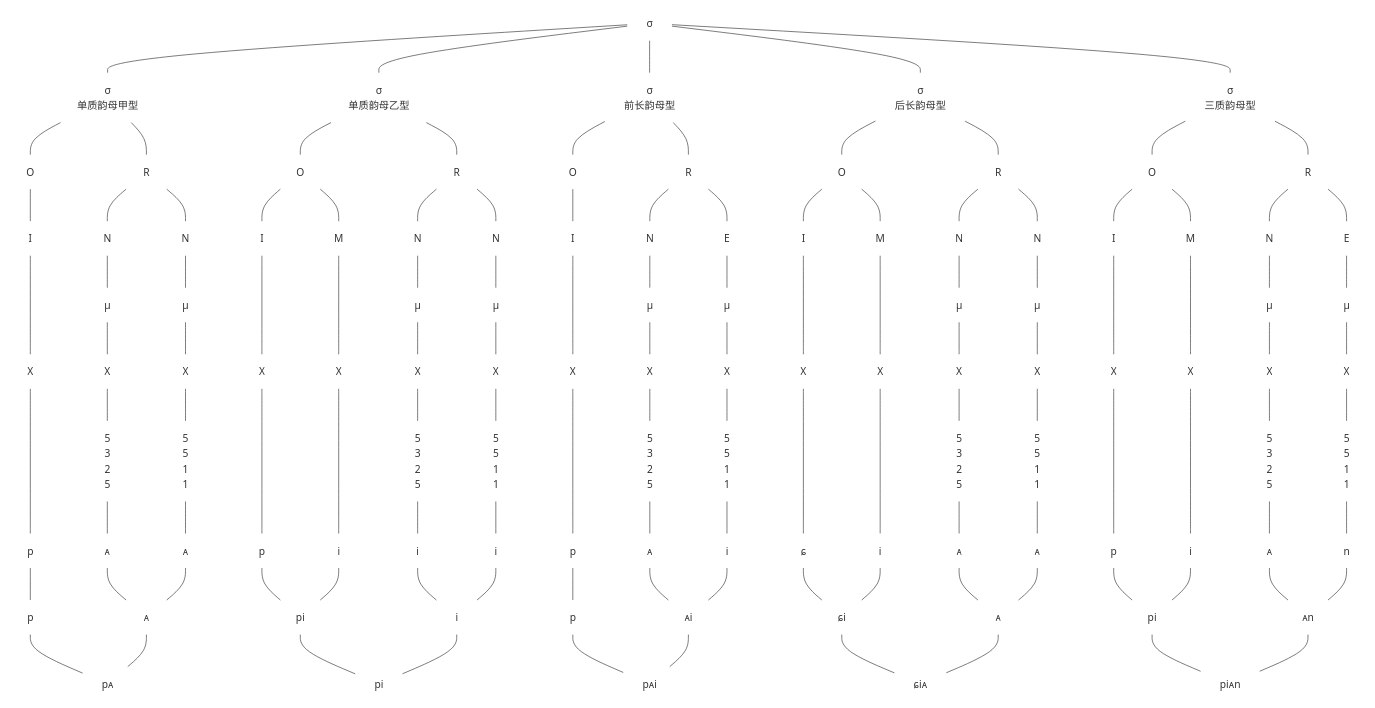
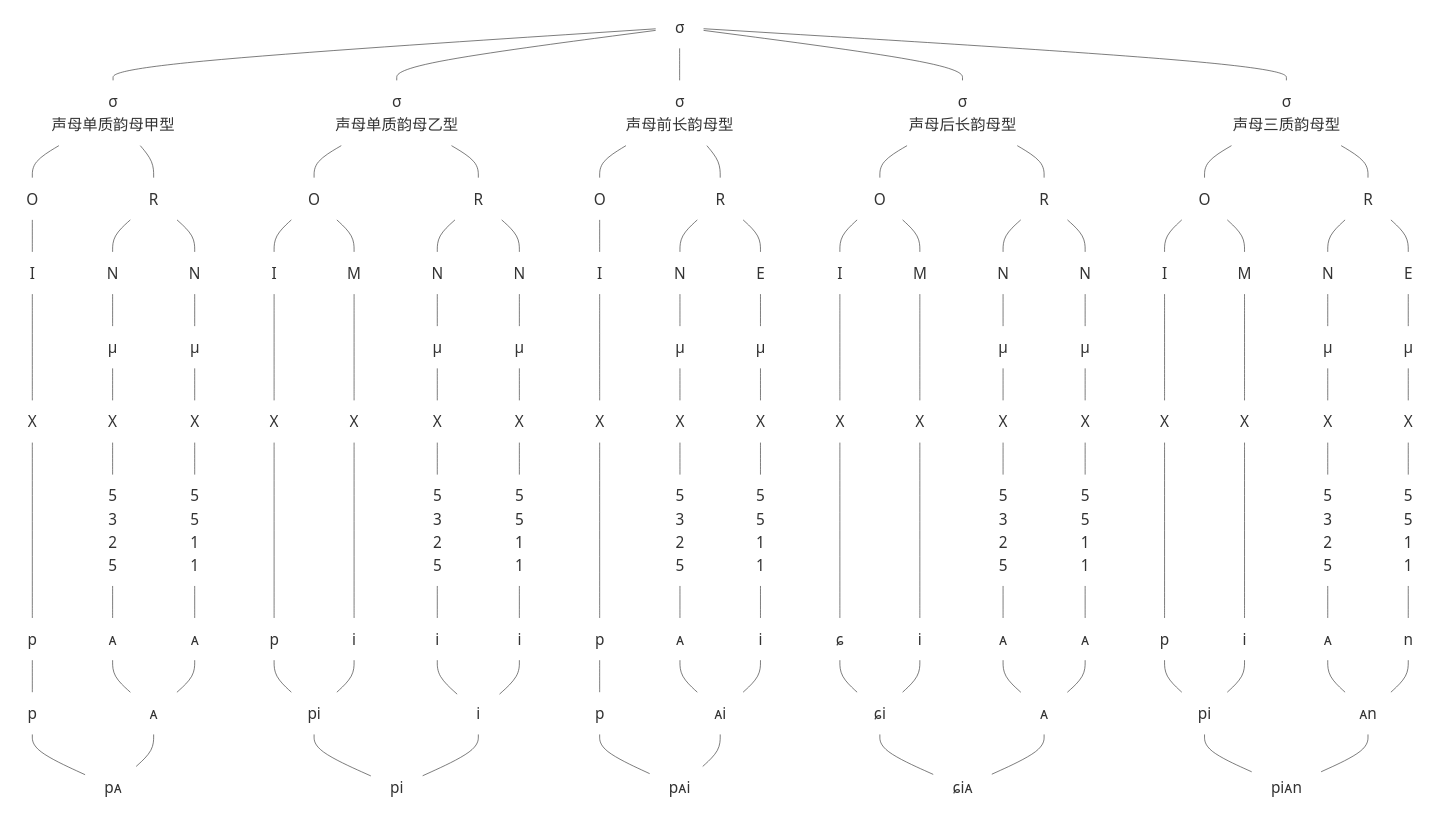
One commit to tsaanghwang/Yime-prototype changed the diagram in YIME_Theory/flowchart/与韵素相联结的调素_1.mmd. Above: the diagram before and after it, drawn with Mermaid. The commit also changed 30 other files, not shown here.

```diff
--- a/YIME_Theory/flowchart/与韵素相联结的调素_1.mmd
+++ b/YIME_Theory/flowchart/与韵素相联结的调素_1.mmd
@@ -1,132 +1,132 @@
 graph TB
-A[σ]  --- B1[σ<br>单质韵母甲型]
-A --- B2[σ<br>单质韵母乙型]
-A --- B3[σ<br>前长韵母型]
-A --- B4[σ<br>后长韵母型]
-A --- B5[σ<br>三质韵母型]
+A[σ]  --- B1[σ<br>声母单质韵母甲型]
+A --- B2[σ<br>声母单质韵母乙型]
+A --- B3[σ<br>声母前长韵母型]
+A --- B4[σ<br>声母后长韵母型]
+A --- B5[σ<br>声母三质韵母型]
 
 B2 --- C1[O]
 B2 --- C2[R]
 C1 --- C3[I]
 C1 --- C4[M]
 C2 --- C5[N]
 C2 --- C6[N]
 C5 --- C7[μ]
 C6 --- C8[μ]
 C3 ---- C9[X]
 C4 ---- C10[X]
 C7 --- C11[X]
 C8 --- C12[X]
 C9 ---- C13[p]
 C10 ---- C14[i]
 C11 --- C15[5<br>3<br>2<br>5]
 C12 --- C16[5<br>5<br>1<br>1]
 C13 --- C17[pi]
 C14 --- C17
 C15 --- C18[i]
 C16 --- C19[i]
 C18 --- C20[i]
 C19 --- C20
 C17 --- C21[pi]
 C20 --- C21
 
 B3 --- D1[O]
 B3 --- D2[R]
 D1 --- D3[I]
 D2 --- D4[N]
 D2 --- D5[E]
 D4 --- D6[μ]
 D5 --- D7[μ]
 D3 ---- D8[X]
 D6 --- D9[X]
 D7 --- D10[X]
 D8 ---- D11[p]
 D9 --- D12[5<br>3<br>2<br>5]
 D10 --- D13[5<br>5<br>1<br>1]
 D11 --- D14[p]
 D12 --- D15[ᴀ]
 D13 --- D16[i]
 D15 --- D17[ᴀi]
 D16 --- D17
 D14 --- D18[pᴀi]
 D17 --- D18
 
 B4 --- E1[O]
 B4 --- E2[R]
 E1 --- E3[I]
 E1 --- E4[M]
 E2 --- E5[N]
 E2 --- E6[N]
 E5 --- E7[μ]
 E6 --- E8[μ]
 E3 ---- E9[X]
 E4 ---- E10[X]
 E7 --- E11[X]
 E8 --- E12[X]
 E9 ---- E13[ɕ]
 E10 ---- E14[i]
 E11 --- E15[5<br>3<br>2<br>5]
 E12 --- E16[5<br>5<br>1<br>1]
 E13 --- E17[ɕi]
 E14 --- E17
 E15 --- E18[ᴀ]
 E16 --- E19[ᴀ]
 E18 --- E20[ᴀ]
 E19 --- E20
 E17 --- E21[ɕiᴀ]
 E20 --- E21
 
 B5 --- F1[O]
 B5 --- F2[R]
 F1 --- F3[I]
 F1 --- F4[M]
 F2 --- F5[N]
 F2 --- F6[E]
 F5 --- F7[μ]
 F6 --- F8[μ]
 F3 ---- F9[X]
 F4 ---- F10[X]
 F7 --- F11[X]
 F8 --- F12[X]
 F9 ---- F13[p]
 F10 ---- F14[i]
 F11 --- F15[5<br>3<br>2<br>5]
 F12 --- F16[5<br>5<br>1<br>1]
 F13 --- F17[pi]
 F14 --- F17
 F15 --- F18[ᴀ]
 F16 --- F19[n]
 F18 --- F20[ᴀn]
 F19 --- F20
 F17 --- F21[piᴀn]
 F20 --- F21
 
 
 B1 --- G1[O]
 B1 --- G2[R]
 G1 --- G3[I]
 G2 --- G4[N]
 G2 --- G5[N]
 G4 --- G6[μ]
 G5 --- G7[μ]
 G3 ---- G8[X]
 G6 --- G9[X]
 G7 --- G10[X]
 G8 ---- G11[p]
 G9 --- G12[5<br>3<br>2<br>5]
 G10 --- G13[5<br>5<br>1<br>1]
 G11 --- G14[p]
 G12 --- G15[ᴀ]
 G13 --- G16[ᴀ]
 G15 --- G17[ᴀ]
 G16 --- G17
 G14 --- G18[pᴀ]
 G17 --- G18
 
-classDef plain fill:none,stroke:none;
+classDef plain fill:none,stroke:none,font-size:24px;
 class A,B1,B2,B3,B4,B5 plain;
 class C1,C2,C3,C4,C5,C6,C7,C8,C9,C10,C11,C12,C13,C14,C15,C16,C17,C18,C19,C20,C21 plain;
 class D1,D2,D3,D4,D5,D6,D7,D8,D9,D10,D11,D12,D13,D14,D15,D16,D17,D18 plain;
 class E1,E2,E3,E4,E5,E6,E7,E8,E9,E10,E11,E12,E13,E14,E15,E16,E17,E18,E19,E20,E21 plain;
 class F1,F2,F3,F4,F5,F6,F7,F8,F9,F10,F11,F12,F13,F14,F15,F16,F17,F18,F19,F20,F21 plain;
 class G1,G2,G3,G4,G5,G6,G7,G8,G9,G10,G11,G12,G13,G14,G15,G16,G17,G18 plain;
```
